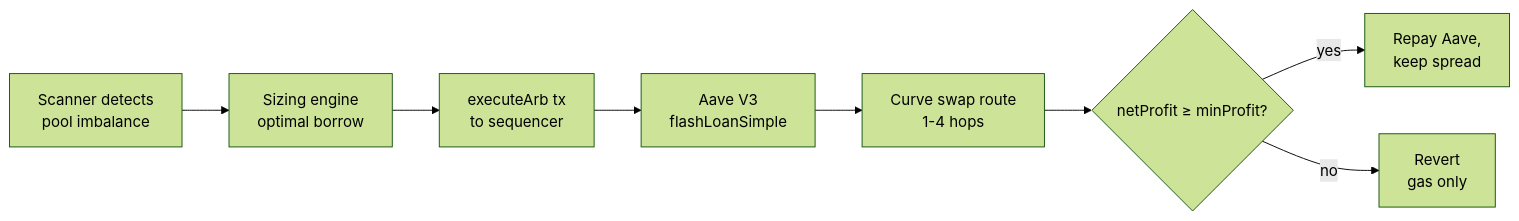
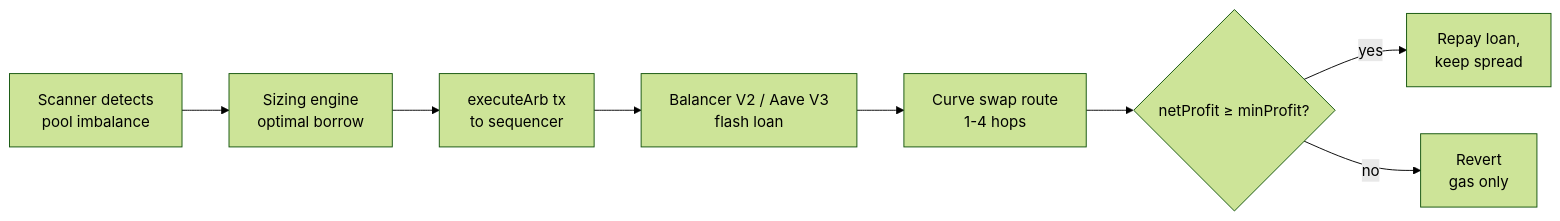
The diagram in README.md (Xtley001/kingfisher), drawn with Mermaid (forest theme) before and after one commit. The commit also changed other lines of this file and 34 other files, not shown here.

````diff
--- a/README.md
+++ b/README.md
@@ -22,10 +22,10 @@
 ```mermaid
 flowchart LR
     A[Scanner detects<br/>pool imbalance] --> B[Sizing engine<br/>optimal borrow]
     B --> C[executeArb tx<br/>to sequencer]
-    C --> D[Aave V3<br/>flashLoanSimple]
+    C --> D[Balancer V2 / Aave V3<br/>flash loan]
     D --> E[Curve swap route<br/>1-4 hops]
     E --> F{netProfit ≥ minProfit?}
-    F -->|yes| G[Repay Aave,<br/>keep spread]
+    F -->|yes| G[Repay loan,<br/>keep spread]
     F -->|no| H[Revert<br/>gas only]
 ```
````
